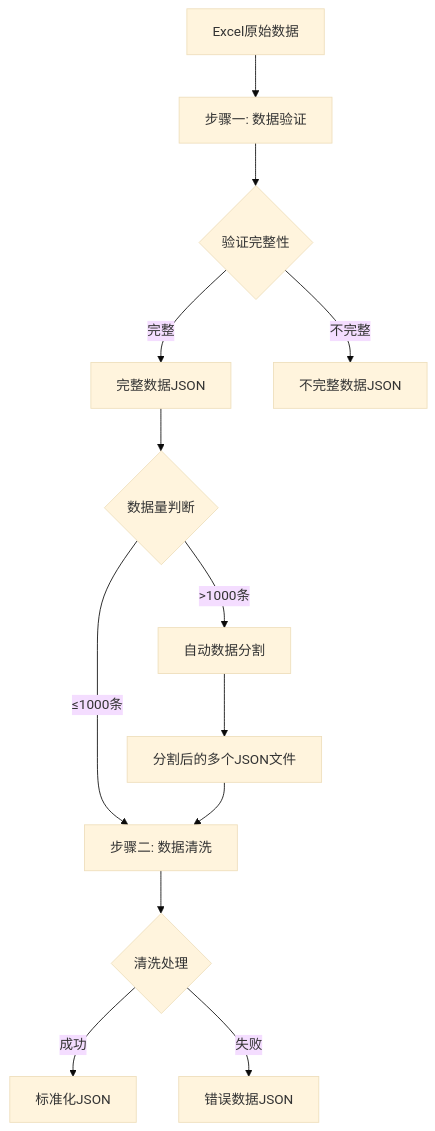
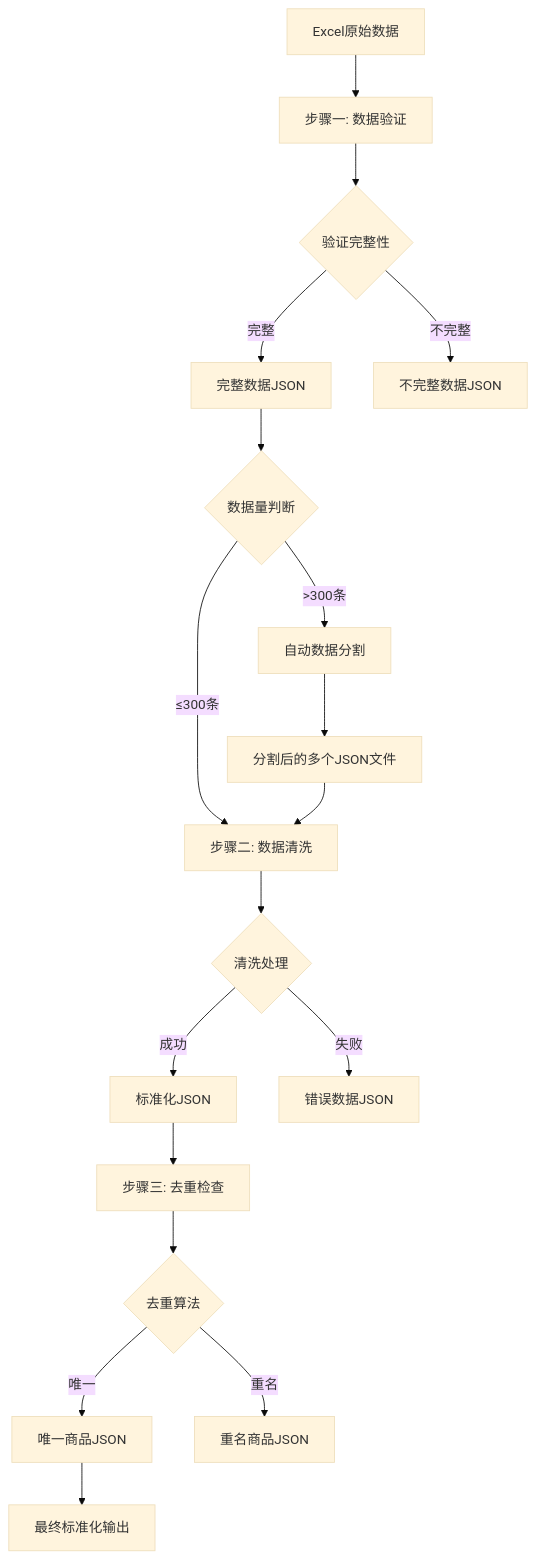
One commit to zhang-zilu123/- changed the diagram in README.md. Above: the diagram before and after it, drawn with Mermaid (base theme). The commit also changed other lines of this file and 6 other files, not shown here.

````diff
--- a/README.md
+++ b/README.md
@@ -293,15 +387,20 @@
 ```mermaid
 graph TD
     A[Excel原始数据] --> B[步骤一: 数据验证]
     B --> C{验证完整性}
     C -->|完整| D[完整数据JSON]
     C -->|不完整| E[不完整数据JSON]
     D --> F{数据量判断}
-    F -->|>1000条| G[自动数据分割]
-    F -->|≤1000条| H[步骤二: 数据清洗]
+    F -->|>300条| G[自动数据分割]
+    F -->|≤300条| H[步骤二: 数据清洗]
     G --> I[分割后的多个JSON文件]
     I --> H[步骤二: 数据清洗]
     H --> J{清洗处理}
     J -->|成功| K[标准化JSON]
     J -->|失败| L[错误数据JSON]
+    K --> M[步骤三: 去重检查]
+    M --> N{去重算法}
+    N -->|唯一| O[唯一商品JSON]
+    N -->|重名| P[重名商品JSON]
+    O --> Q[最终标准化输出]
 ```
````
